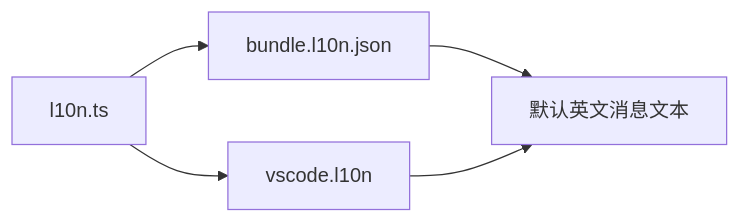
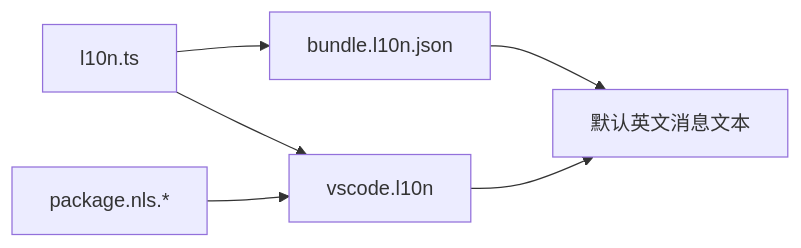
One commit to someok/vscode-folder2epub changed the eighth of 10 diagrams in .qoder/repowiki/zh/content/技术架构详解/技术架构详解.md. Above: the diagram before and after it, drawn with Mermaid. The commit also changed other lines of this file and 8 other files, not shown here.

````diff
--- a/.qoder/repowiki/zh/content/技术架构详解/技术架构详解.md
+++ b/.qoder/repowiki/zh/content/技术架构详解/技术架构详解.md
@@ -323,7 +411,8 @@
 ```mermaid
 graph LR
 L10N["l10n.ts"] --> VS["vscode.l10n"]
+PKG["package.nls.*"] --> VS
 L10N --> BUNDLE["bundle.l10n.json"]
 BUNDLE --> MSG["默认英文消息文本"]
 VS --> MSG
 ```
````
